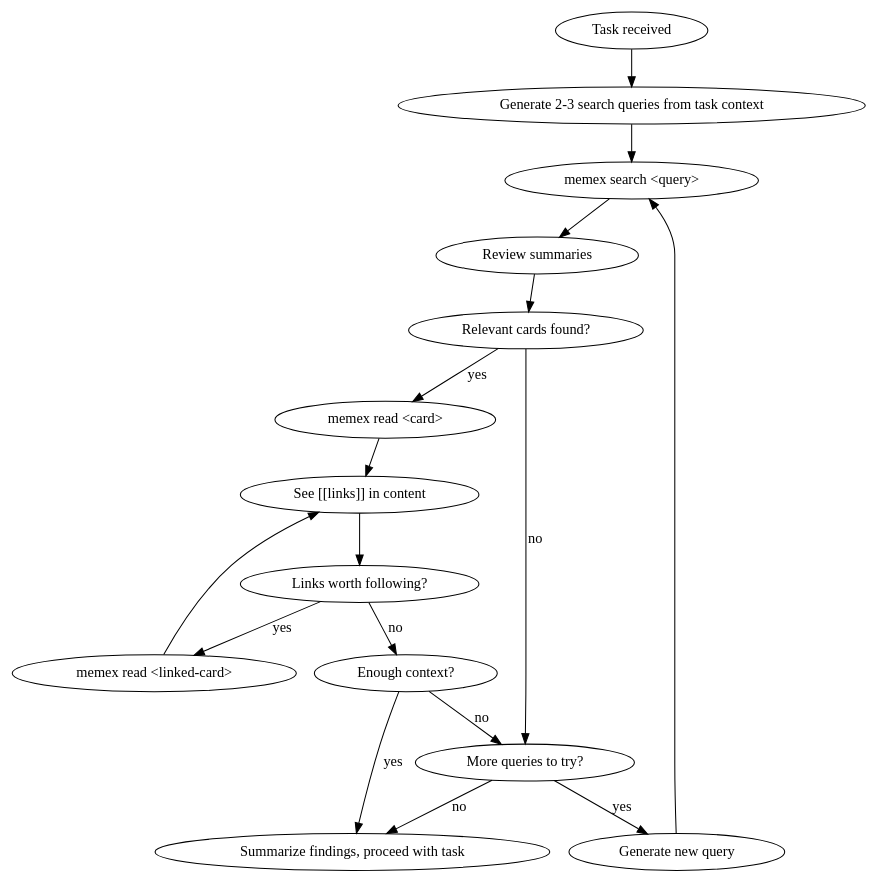
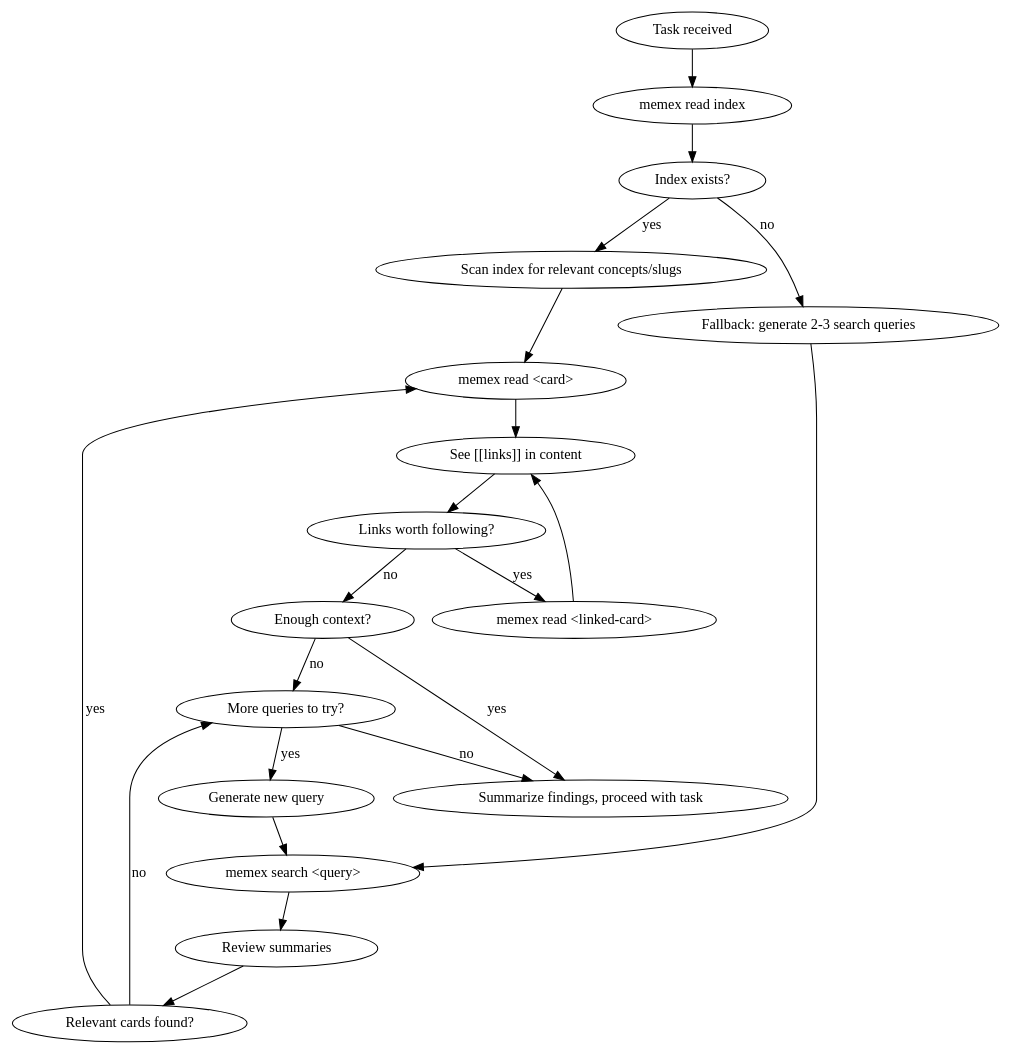
The diagram in skills/memex-recall/SKILL.md (iamtouchskyer/memex), drawn with Graphviz before and after one commit. The commit also changed other lines of this file and 3 other files, not shown here.

First line of the commit message:
feat: body-only search, result limit, keyword index system

````diff
--- a/skills/memex-recall/SKILL.md
+++ b/skills/memex-recall/SKILL.md
@@ -18,20 +19,24 @@
 ```dot
 digraph recall {
-    "Task received" -> "Generate 2-3 search queries from task context";
-    "Generate 2-3 search queries from task context" -> "memex search <query>";
+    "Task received" -> "memex read index";
+    "memex read index" -> "Index exists?" [shape=diamond];
+    "Index exists?" -> "Scan index for relevant concepts/slugs" [label="yes"];
+    "Index exists?" -> "Fallback: generate 2-3 search queries" [label="no"];
+    "Scan index for relevant concepts/slugs" -> "memex read <card>" ;
+    "Fallback: generate 2-3 search queries" -> "memex search <query>";
     "memex search <query>" -> "Review summaries";
     "Review summaries" -> "Relevant cards found?" [shape=diamond];
     "Relevant cards found?" -> "memex read <card>" [label="yes"];
     "Relevant cards found?" -> "More queries to try?" [label="no"];
     "memex read <card>" -> "See [[links]] in content";
     "See [[links]] in content" -> "Links worth following?" [shape=diamond];
     "Links worth following?" -> "memex read <linked-card>" [label="yes"];
     "Links worth following?" -> "Enough context?" [label="no"];
     "memex read <linked-card>" -> "See [[links]] in content";
     "Enough context?" -> "More queries to try?" [label="no"];
     "More queries to try?" -> "Generate new query" [label="yes"];
     "Generate new query" -> "memex search <query>";
     "More queries to try?" -> "Summarize findings, proceed with task" [label="no"];
     "Enough context?" -> "Summarize findings, proceed with task" [label="yes"];
 }
 ```
````
